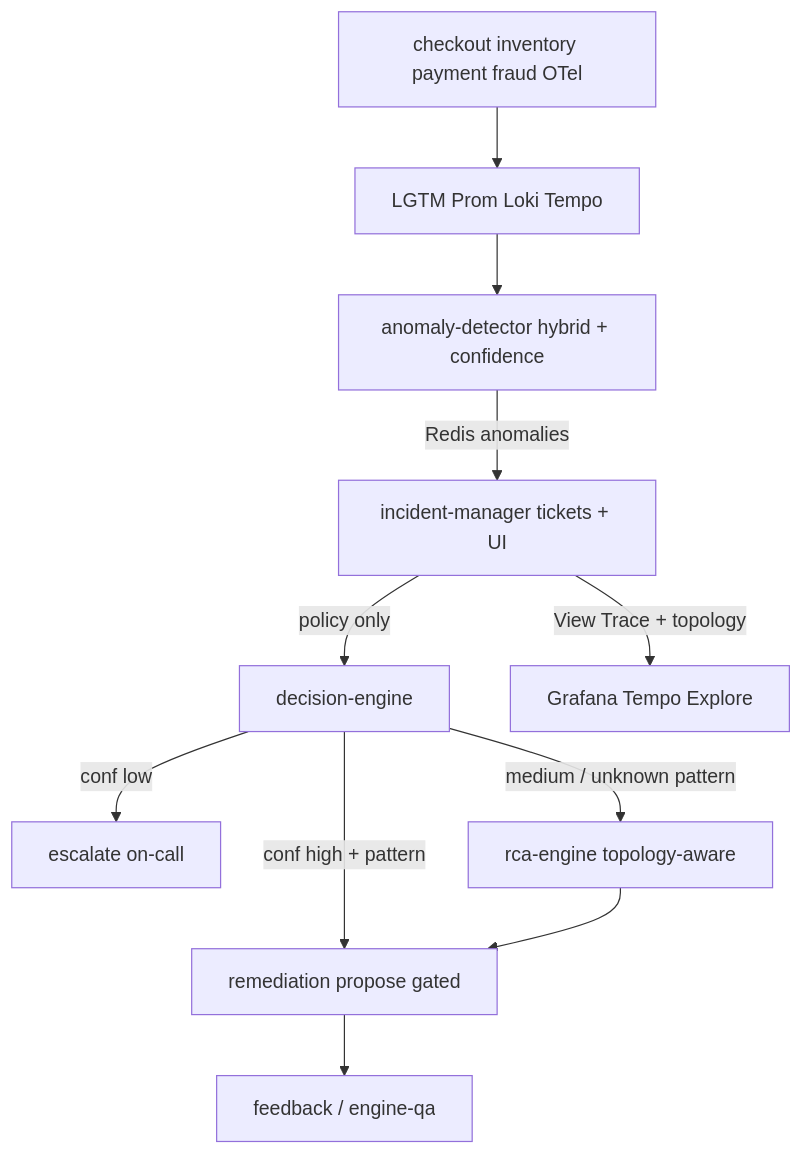
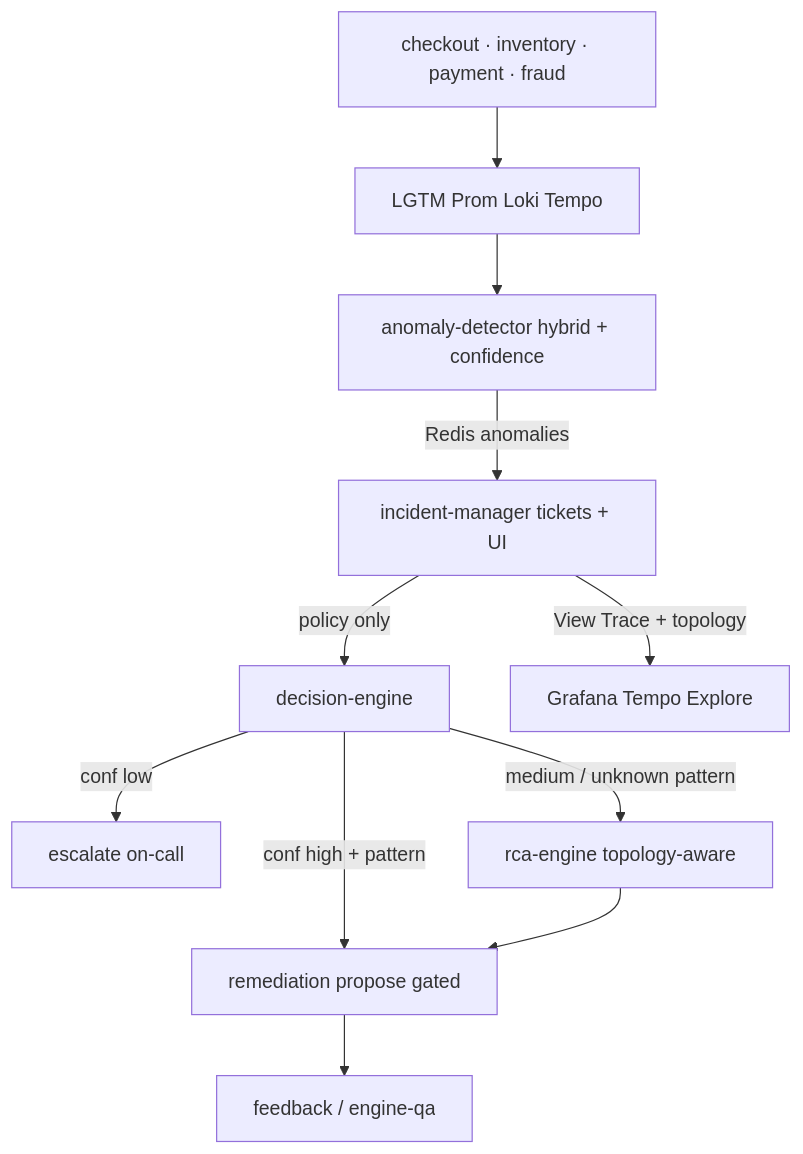
Before and after one commit to XUanhoa04/aiops-demo-bedrock: the second of 2 diagrams in README.md, drawn with Mermaid. The commit also changed other lines of this file and 9 other files, not shown here.

First line of the commit message:
docs: refresh README, architecture, demo story, and regenerate diagrams

````diff
--- a/README.md
+++ b/README.md
@@ -82,13 +103,13 @@
 ```mermaid
 flowchart TD
-  Apps[checkout inventory payment fraud OTel] --> LGTM[LGTM Prom Loki Tempo]
+  Apps[checkout · inventory · payment · fraud] --> LGTM[LGTM Prom Loki Tempo]
   LGTM --> Det[anomaly-detector hybrid + confidence]
   Det -->|Redis anomalies| IM[incident-manager tickets + UI]
   IM -->|policy only| DE[decision-engine]
   DE -->|conf low| Esc[escalate on-call]
   DE -->|conf high + pattern| Rem[remediation propose gated]
   DE -->|medium / unknown pattern| RCA[rca-engine topology-aware]
   RCA --> Rem
   Rem --> FB[feedback / engine-qa]
   IM -->|View Trace + topology| Graf[Grafana Tempo Explore]
 ```
````
